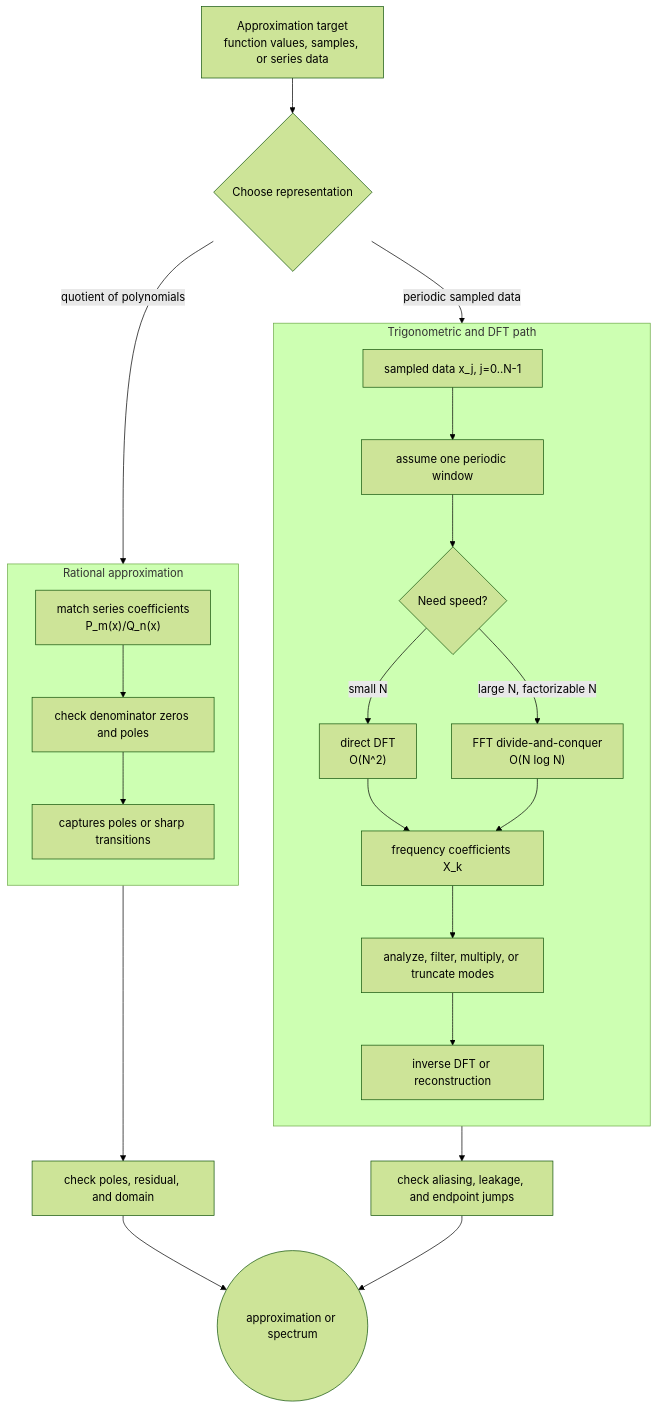
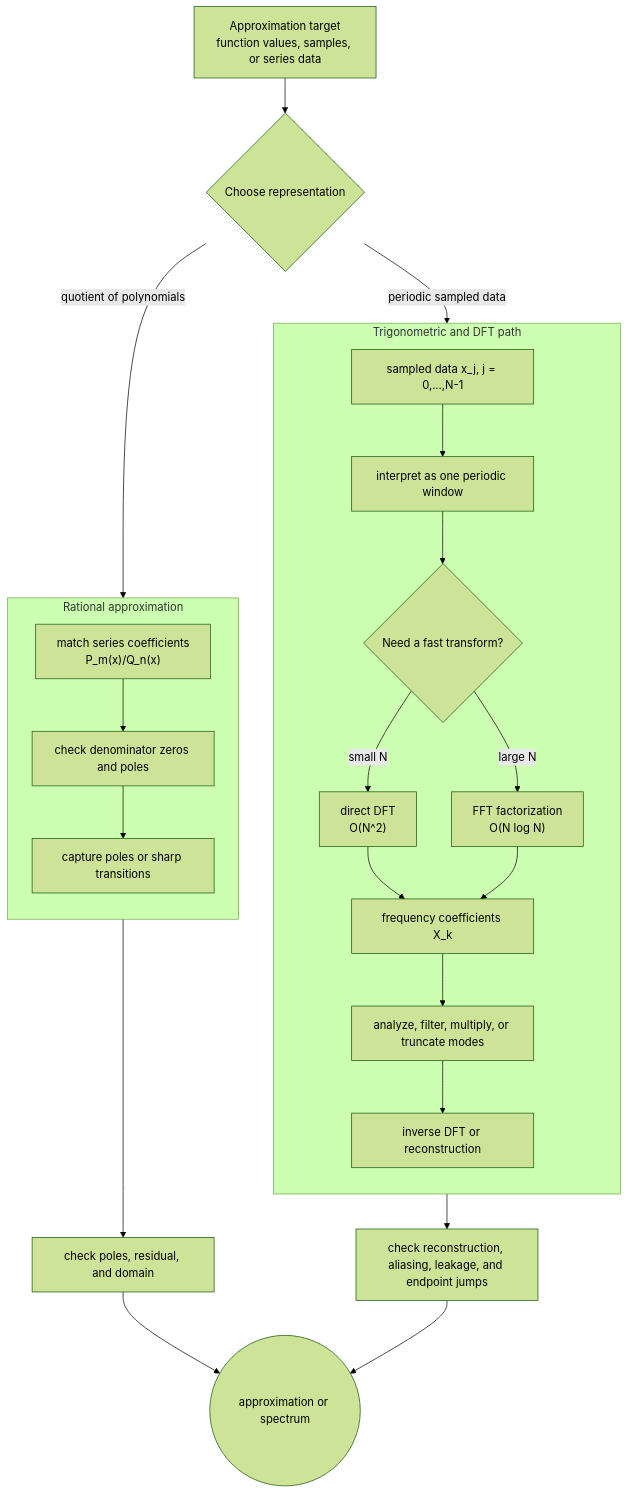
Before and after one commit to justinbrianhwang/SJ-wiki: the diagram in docs/math/numerical-analysis/rational-trigonometric-fft.md, drawn with Mermaid (forest theme). The commit also changed other lines of this file and 955 other files, not shown here.

````diff
--- a/docs/math/numerical-analysis/rational-trigonometric-fft.md
+++ b/docs/math/numerical-analysis/rational-trigonometric-fft.md
@@ -64,29 +133,29 @@
 ```mermaid
 flowchart TB
   Input["Approximation target<br/>function values, samples, or series data"] --> Form{"Choose representation"}
 
   subgraph Rational["Rational approximation"]
     direction TB
     Pade["match series coefficients<br/>P_m(x)/Q_n(x)"] --> Denom["check denominator zeros and poles"]
-    Denom --> RatOut["captures poles or sharp transitions"]
+    Denom --> RatOut["capture poles or sharp transitions"]
   end
 
   subgraph Trig["Trigonometric and DFT path"]
     direction TB
-    Samples["sampled data x_j, j=0..N-1"] --> Periodic["assume one periodic window"]
-    Periodic --> NeedSpeed{"Need speed?"}
+    Samples["sampled data x_j, j = 0,...,N-1"] --> Periodic["interpret as one periodic window"]
+    Periodic --> NeedSpeed{"Need a fast transform?"}
     NeedSpeed -- "small N" --> Direct["direct DFT<br/>O(N^2)"]
-    NeedSpeed -- "large N, factorizable N" --> FFT["FFT divide-and-conquer<br/>O(N log N)"]
+    NeedSpeed -- "large N" --> FFT["FFT factorization<br/>O(N log N)"]
     Direct --> Coeff["frequency coefficients X_k"]
     FFT --> Coeff
     Coeff --> Edit["analyze, filter, multiply, or truncate modes"]
     Edit --> IDFT["inverse DFT or reconstruction"]
   end
 
   Form -- "quotient of polynomials" --> Pade
   Form -- "periodic sampled data" --> Samples
   RatOut --> CheckR["check poles, residual, and domain"]
-  IDFT --> CheckT["check aliasing, leakage, and endpoint jumps"]
+  IDFT --> CheckT["check reconstruction, aliasing, leakage, and endpoint jumps"]
   CheckR --> Result(("approximation or spectrum"))
   CheckT --> Result
 ```
````
